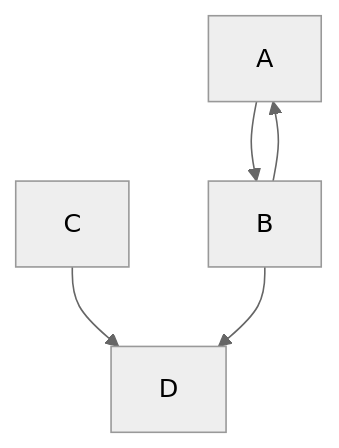
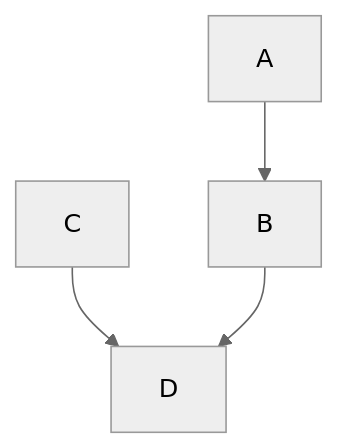
One commit to tobdos/ghpages-dogygen changed the diagram in docs/index.md. Above: the diagram before and after it, drawn with Mermaid (neutral theme).

````diff
--- a/docs/index.md
+++ b/docs/index.md
@@ -15,7 +15,6 @@
 ```mermaid
 graph TD;
     A-->B;
-    B-->A;
     C-->D;
     B-->D;
 ```
````
